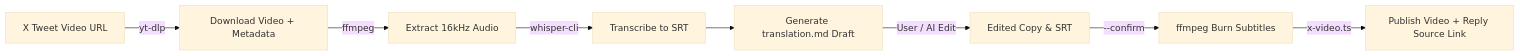
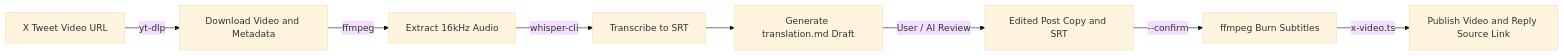
One commit to EachsodaGng/x-post changed the second of 2 diagrams in README.md. Above: the diagram before and after it, drawn with Mermaid (base theme). The commit also changed other lines of this file, not shown here.

Commit message:
fix(docs): quote all Mermaid node labels and edge texts for GitHub rendering

````diff
--- a/README.md
+++ b/README.md
@@ -125,10 +125,10 @@
 ```mermaid
 flowchart LR
-    A[X Tweet Video URL] -->|yt-dlp| B[Download Video + Metadata]
-    B -->|ffmpeg| C[Extract 16kHz Audio]
-    C -->|whisper-cli| D[Transcribe to SRT]
-    D --> E[Generate translation.md Draft]
-    E -->|User / AI Edit| F[Edited Copy & SRT]
-    F -->|--confirm| G[ffmpeg Burn Subtitles]
-    G -->|x-video.ts| H[Publish Video + Reply Source Link]
+    A["X Tweet Video URL"] -->|"yt-dlp"| B["Download Video and Metadata"]
+    B -->|"ffmpeg"| C["Extract 16kHz Audio"]
+    C -->|"whisper-cli"| D["Transcribe to SRT"]
+    D --> E["Generate translation.md Draft"]
+    E -->|"User / AI Review"| F["Edited Post Copy and SRT"]
+    F -->|"--confirm"| G["ffmpeg Burn Subtitles"]
+    G -->|"x-video.ts"| H["Publish Video and Reply Source Link"]
 ```
````
